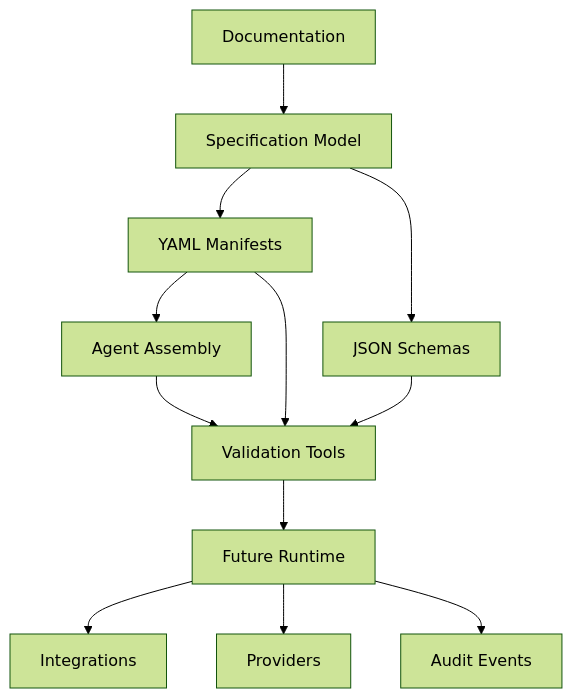
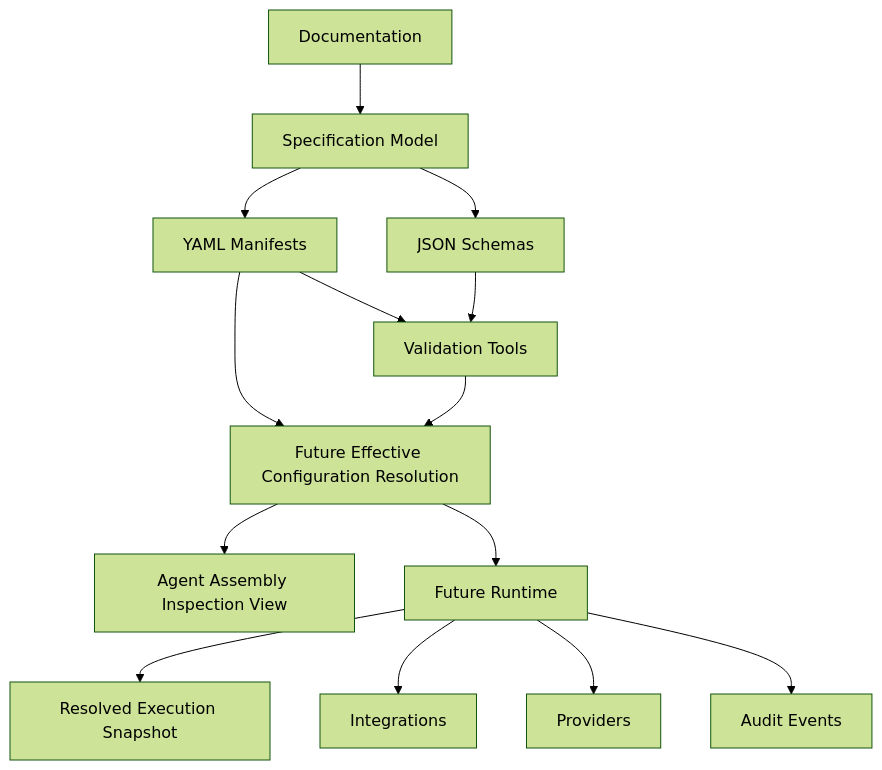
One commit to iwizy/NexFlow changed the diagram in docs/architecture.md. Above: the diagram before and after it, drawn with Mermaid (forest theme). The commit also changed other lines of this file and 24 other files, not shown here.

Commit message:
Define Agent Assembly as an effective view

````diff
--- a/docs/architecture.md
+++ b/docs/architecture.md
@@ -7,14 +7,16 @@
 ```mermaid
 flowchart TD
   D["Documentation"] --> S["Specification Model"]
   S --> M["YAML Manifests"]
   S --> J["JSON Schemas"]
-  M --> AS["Agent Assembly"]
   M --> V["Validation Tools"]
   J --> V
-  AS --> V
-  V --> R["Future Runtime"]
+  M --> E["Future Effective Configuration Resolution"]
+  V --> E
+  E --> AS["Agent Assembly Inspection View"]
+  E --> R["Future Runtime"]
+  R --> RS["Resolved Execution Snapshot"]
   R --> I["Integrations"]
   R --> P["Providers"]
   R --> AE["Audit Events"]
 ```
````
